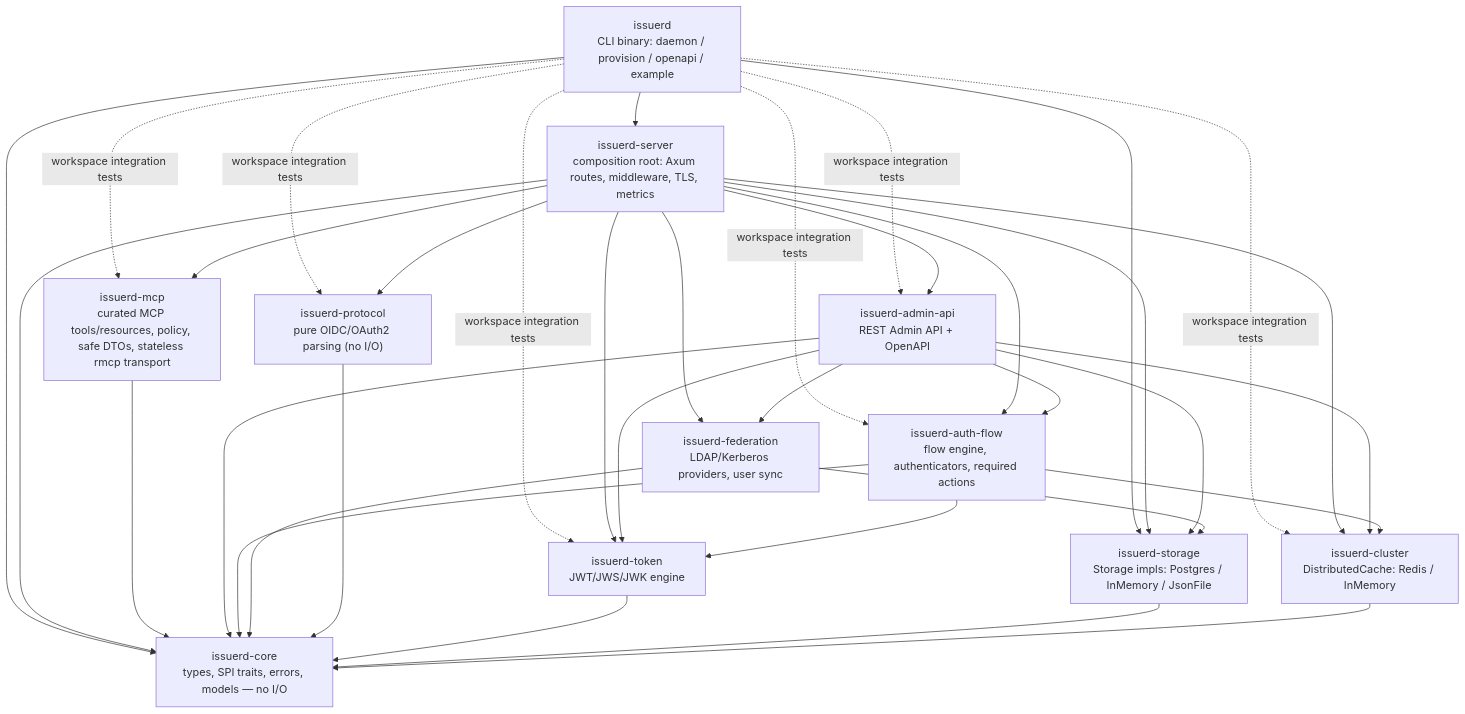
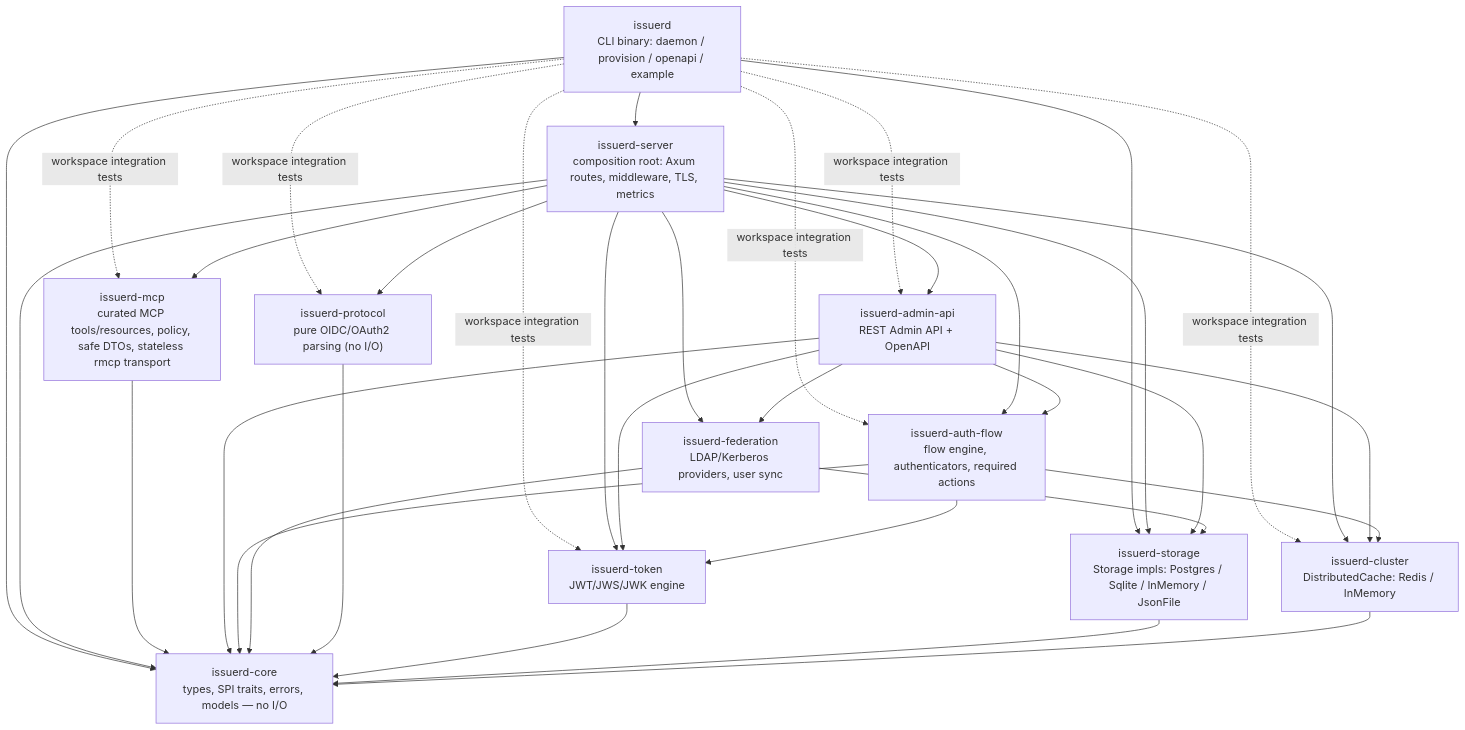
Before and after one commit to issuerd/issuerd: the diagram in ARCHITECTURE.md, drawn with Mermaid. The commit also changed other lines of this file and 45 other files, not shown here.

Commit message:
feat: add durable SQLite storage backend

````diff
--- a/ARCHITECTURE.md
+++ b/ARCHITECTURE.md
@@ -21,49 +21,49 @@
 ```mermaid
 flowchart TD
     issuerd["issuerd<br/>CLI binary: daemon / provision / openapi / example"]
     issuerd_server["issuerd-server<br/>composition root: Axum routes, middleware, TLS, metrics"]
     issuerd_admin_api["issuerd-admin-api<br/>REST Admin API + OpenAPI"]
     issuerd_auth_flow["issuerd-auth-flow<br/>flow engine, authenticators, required actions"]
     issuerd_federation["issuerd-federation<br/>LDAP/Kerberos providers, user sync"]
     issuerd_protocol["issuerd-protocol<br/>pure OIDC/OAuth2 parsing (no I/O)"]
     issuerd_token["issuerd-token<br/>JWT/JWS/JWK engine"]
-    issuerd_storage["issuerd-storage<br/>Storage impls: Postgres / InMemory / JsonFile"]
+    issuerd_storage["issuerd-storage<br/>Storage impls: Postgres / Sqlite / InMemory / JsonFile"]
     issuerd_cluster["issuerd-cluster<br/>DistributedCache: Redis / InMemory"]
     issuerd_mcp["issuerd-mcp<br/>curated MCP tools/resources, policy, safe DTOs, stateless rmcp transport"]
     issuerd_core["issuerd-core<br/>types, SPI traits, errors, models — no I/O"]
 
     issuerd --> issuerd_server
     issuerd --> issuerd_core
     issuerd --> issuerd_storage
     issuerd -. "workspace integration tests" .-> issuerd_protocol
     issuerd -. "workspace integration tests" .-> issuerd_auth_flow
     issuerd -. "workspace integration tests" .-> issuerd_token
     issuerd -. "workspace integration tests" .-> issuerd_cluster
     issuerd -. "workspace integration tests" .-> issuerd_admin_api
     issuerd -. "workspace integration tests" .-> issuerd_mcp
     issuerd_server --> issuerd_admin_api
     issuerd_server --> issuerd_auth_flow
     issuerd_server --> issuerd_federation
     issuerd_server --> issuerd_protocol
     issuerd_server --> issuerd_token
     issuerd_server --> issuerd_storage
     issuerd_server --> issuerd_cluster
     issuerd_server --> issuerd_mcp
     issuerd_server --> issuerd_core
     issuerd_mcp --> issuerd_core
     issuerd_admin_api --> issuerd_auth_flow
     issuerd_admin_api --> issuerd_federation
     issuerd_admin_api --> issuerd_token
     issuerd_admin_api --> issuerd_storage
     issuerd_admin_api --> issuerd_cluster
     issuerd_auth_flow --> issuerd_token
     issuerd_auth_flow --> issuerd_cluster
     issuerd_federation --> issuerd_storage
     issuerd_admin_api --> issuerd_core
     issuerd_auth_flow --> issuerd_core
     issuerd_federation --> issuerd_core
     issuerd_protocol --> issuerd_core
     issuerd_token --> issuerd_core
     issuerd_storage --> issuerd_core
     issuerd_cluster --> issuerd_core
 ```
````
